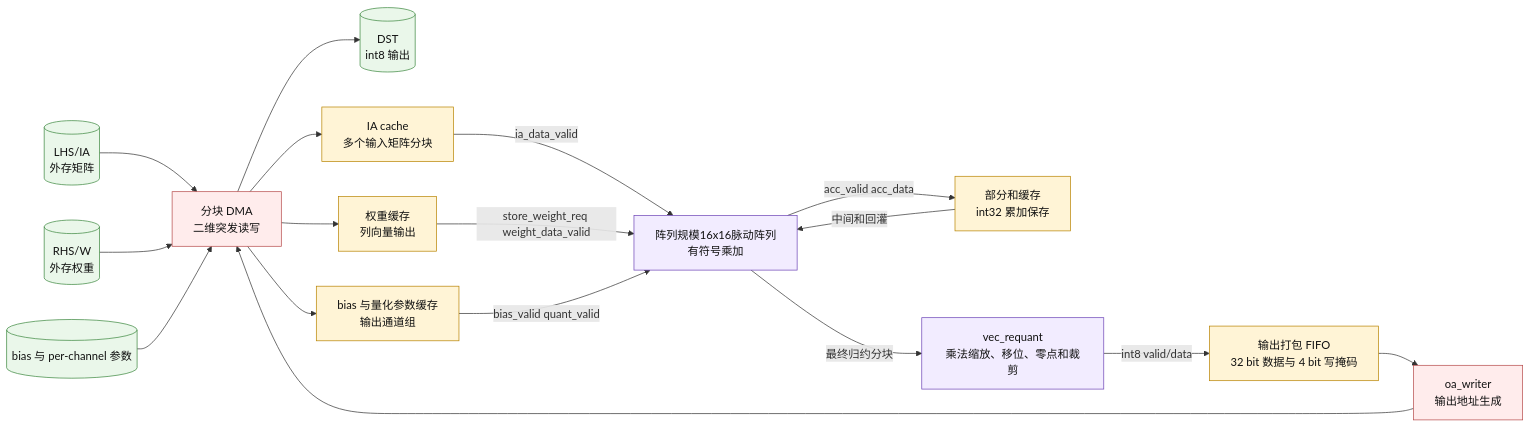
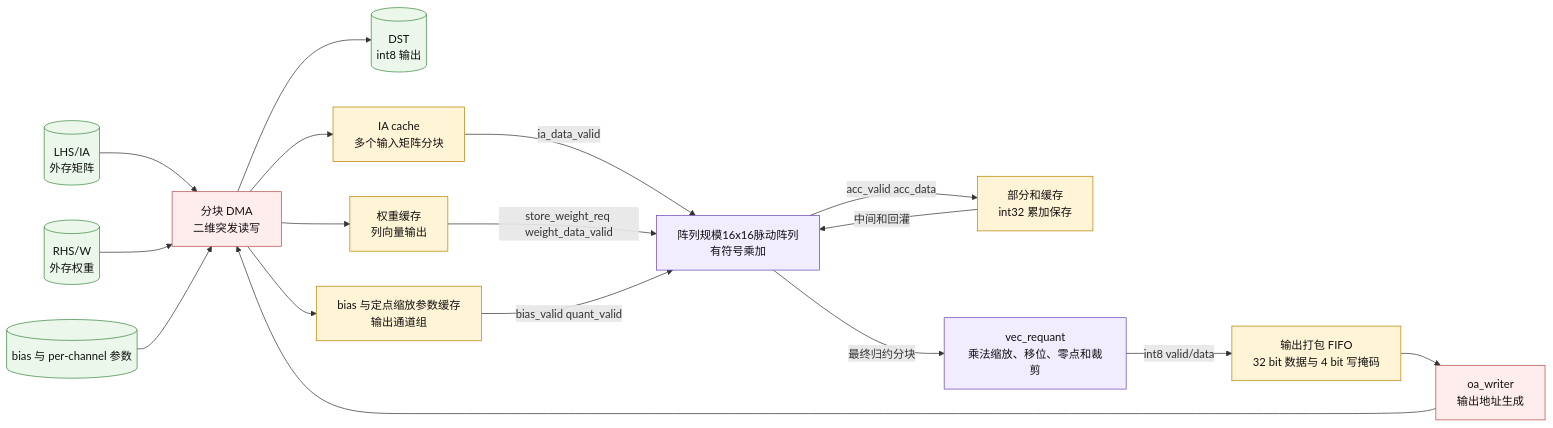
Before and after one commit to EE-noob/aiEngine_integrated: the diagram in veri/doc/original_docx_report_md/report_figures/mermaid/fig03_blocked_dataflow.mmd, drawn with Mermaid. The commit also changed 85 other files, not shown here.

Commit message:
Refine NPU coverage reports and diagrams

```diff
--- a/veri/doc/original_docx_report_md/report_figures/mermaid/fig03_blocked_dataflow.mmd
+++ b/veri/doc/original_docx_report_md/report_figures/mermaid/fig03_blocked_dataflow.mmd
@@ -1,40 +1,40 @@
 flowchart LR
     LHS[(LHS/IA<br/>外存矩阵)]
     RHS[(RHS/W<br/>外存权重)]
     BIAS[(bias 与 per-channel 参数)]
     DST[(DST<br/>int8 输出)]
     DMA[分块 DMA<br/>二维突发读写]
     IAC[IA cache<br/>多个输入矩阵分块]
     KBUF[权重缓存<br/>列向量输出]
-    BBUF[bias 与量化参数缓存<br/>输出通道组]
+    BBUF[bias 与定点缩放参数缓存<br/>输出通道组]
     PE[阵列规模16x16脉动阵列<br/>有符号乘加]
     PS[部分和缓存<br/>int32 累加保存]
     RQ[vec_requant<br/>乘法缩放、移位、零点和裁剪]
     OFIFO[输出打包 FIFO<br/>32 bit 数据与 4 bit 写掩码]
     OAW[oa_writer<br/>输出地址生成]
 
     LHS --> DMA
     RHS --> DMA
     BIAS --> DMA
     DMA --> IAC
     DMA --> KBUF
     DMA --> BBUF
     IAC -->|ia_data_valid| PE
     KBUF -->|store_weight_req weight_data_valid| PE
     BBUF -->|bias_valid quant_valid| PE
     PE -->|acc_valid acc_data| PS
     PS -->|中间和回灌| PE
     PE -->|最终归约分块| RQ
     RQ -->|int8 valid/data| OFIFO
     OFIFO --> OAW
     OAW --> DMA
     DMA --> DST
 
     classDef mem fill:#EAF7EA,stroke:#3B873E,stroke-width:1px,color:#111;
     classDef dma fill:#FFECEC,stroke:#B64B4B,stroke-width:1px,color:#111;
     classDef cache fill:#FFF4D6,stroke:#B88300,stroke-width:1px,color:#111;
     classDef calc fill:#F2ECFF,stroke:#6C43B6,stroke-width:1px,color:#111;
     class LHS,RHS,BIAS,DST mem;
     class DMA,OAW dma;
     class IAC,KBUF,BBUF,PS,OFIFO cache;
     class PE,RQ calc;
```
